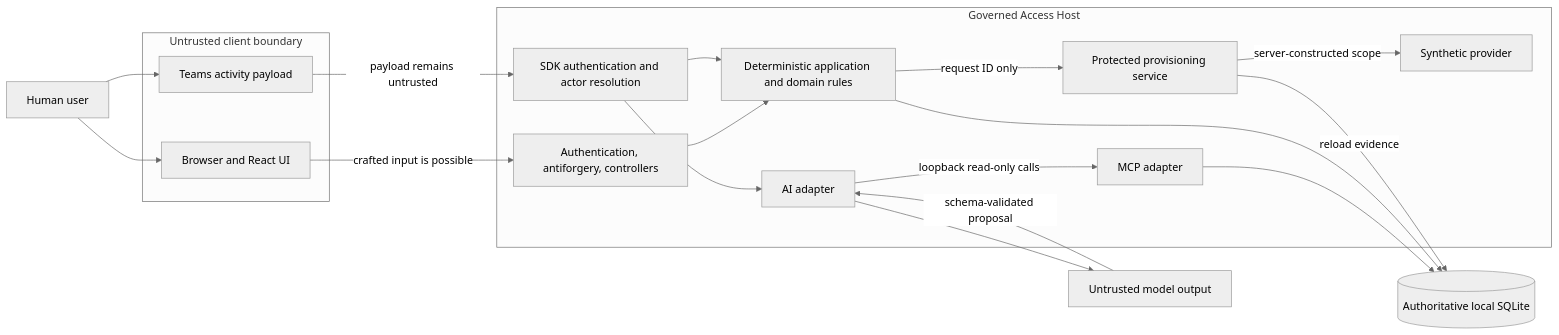
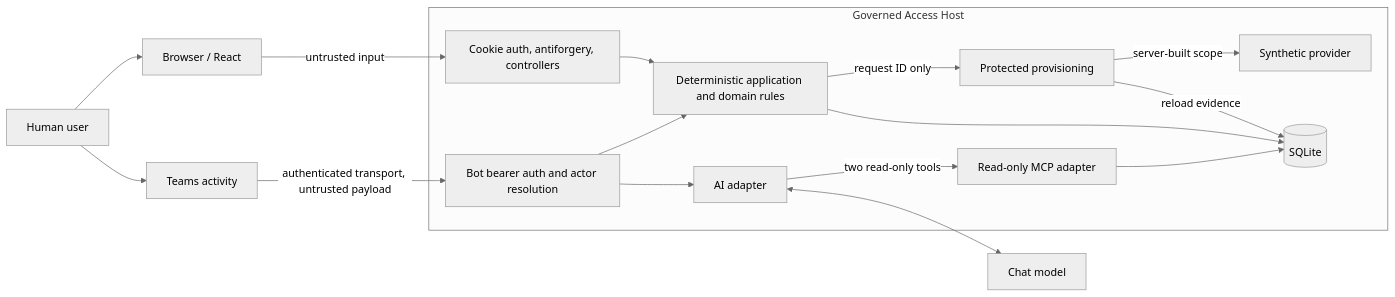
Before and after one commit to mariusz-kacz/production-access-request-assistant: the diagram in docs/security-model.md, drawn with Mermaid (neutral theme). The commit also changed other lines of this file and 43 other files, not shown here.

````diff
--- a/docs/security-model.md
+++ b/docs/security-model.md
@@ -124,38 +33,33 @@
 ```mermaid
 flowchart LR
     Human[Human user]
-
-    subgraph UntrustedClient[Untrusted client boundary]
-        Browser[Browser and React UI]
-        Teams[Teams activity payload]
-    end
+    Browser[Browser / React]
+    Teams[Teams activity]
+    Model[Chat model]
 
     subgraph Host[Governed Access Host]
-        HTTP[Authentication, antiforgery, controllers]
-        Activity[SDK authentication and actor resolution]
+        Web[Cookie auth, antiforgery, controllers]
+        Activity[Bot bearer auth and actor resolution]
+        AI[AI adapter]
+        MCP[Read-only MCP adapter]
         App[Deterministic application and domain rules]
-        AI[AI adapter]
-        MCP[MCP adapter]
-        Protected[Protected provisioning service]
+        Protected[Protected provisioning]
         Provider[Synthetic provider]
+        DB[(SQLite)]
     end
-
-    Model[Untrusted model output]
-    DB[(Authoritative local SQLite)]
 
     Human --> Browser
     Human --> Teams
-    Browser -->|crafted input is possible| HTTP
-    Teams -->|payload remains untrusted| Activity
-    HTTP --> App
+    Browser -->|untrusted input| Web
+    Teams -->|authenticated transport, untrusted payload| Activity
+    Activity --> AI
     Activity --> App
-    Activity --> AI
-    AI --> Model
-    Model -->|schema-validated proposal| AI
-    AI -->|loopback read-only calls| MCP
+    AI <--> Model
+    AI -->|two read-only tools| MCP
     MCP --> DB
+    Web --> App
     App --> DB
     App -->|request ID only| Protected
     Protected -->|reload evidence| DB
-    Protected -->|server-constructed scope| Provider
+    Protected -->|server-built scope| Provider
 ```
````
